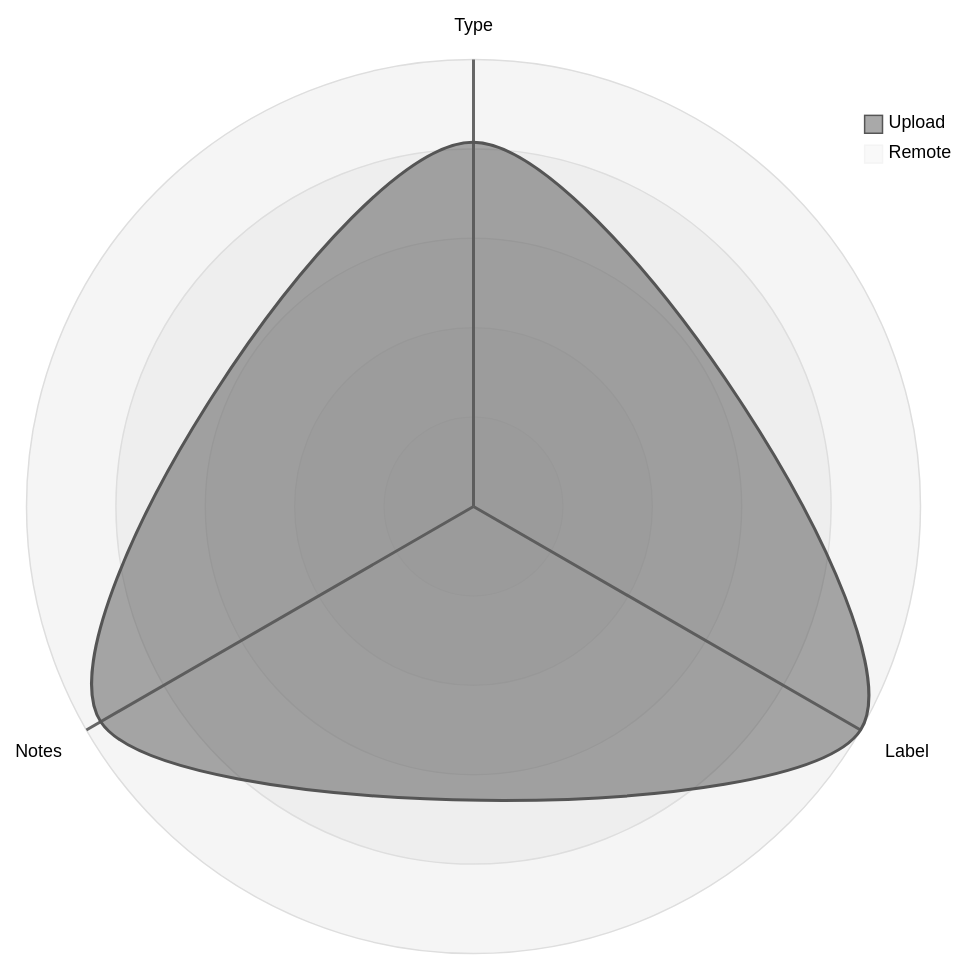
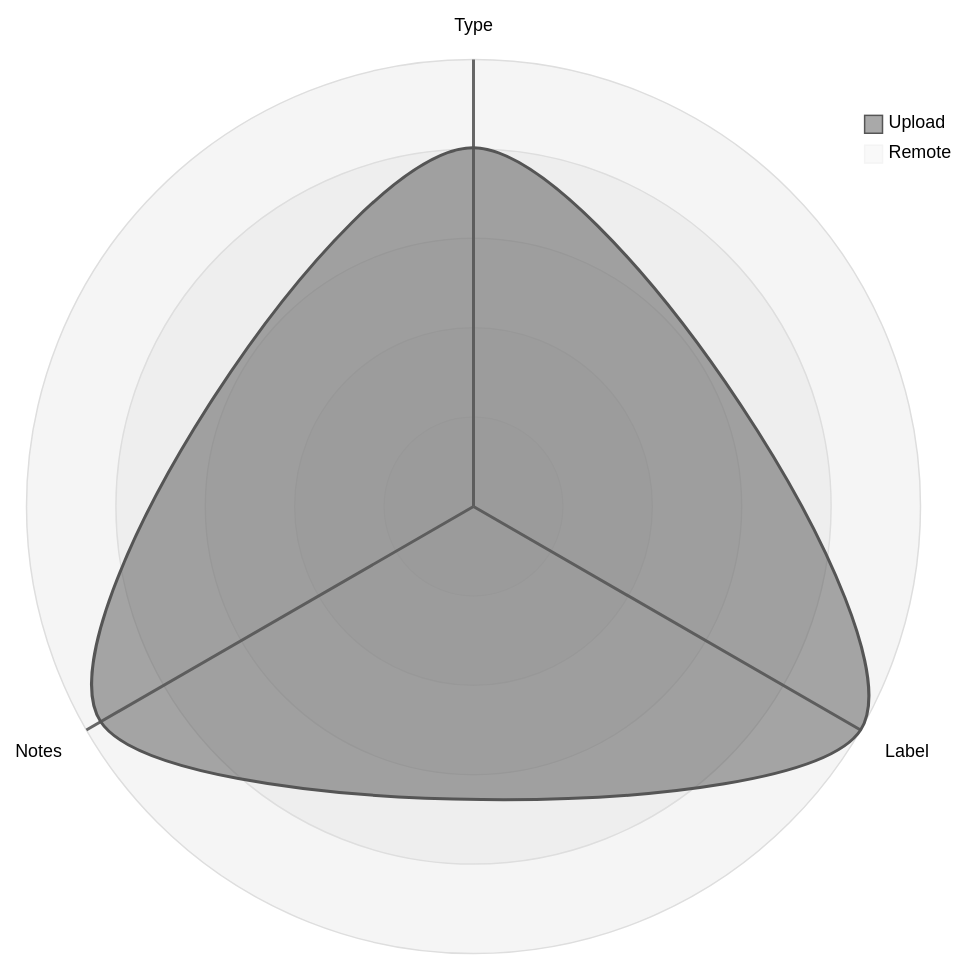
Before and after one commit to open-data/analytics-corporate-reporting: the third of 5 diagrams in datastore_tracker/README.md, drawn with Mermaid (neutral theme). The commit also changed 6 other files, not shown here.

````diff
--- a/datastore_tracker/README.md
+++ b/datastore_tracker/README.md
@@ -104,12 +104,12 @@
 ```mermaid
 radar-beta
   axis T["Type"], L["Label"], N["Notes"]
-  curve u["Upload"]{0.00066, 0.00081, 0.00078}
+  curve u["Upload"]{0.00065, 0.00081, 0.00078}
   curve r["Remote"]{0, 0, 0}
 
   showLegend true
 
   min 0
   graticule circle
   ticks 5
 ```
````
